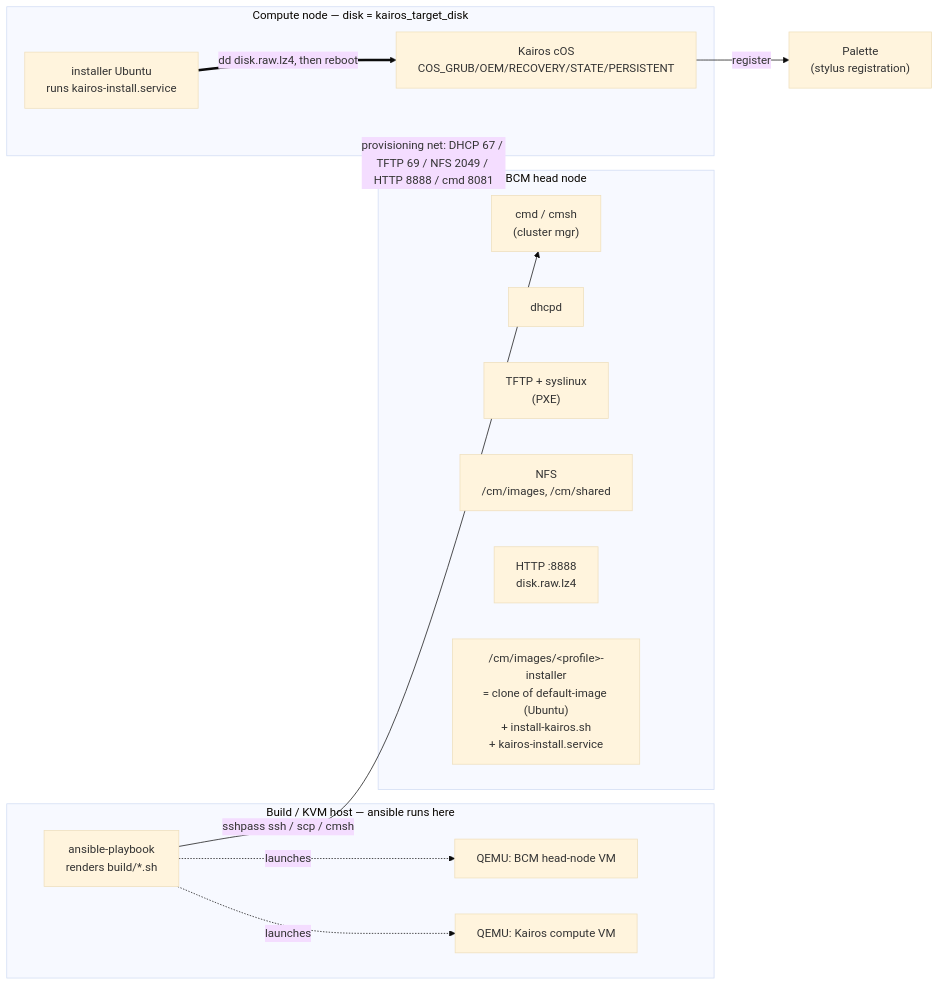
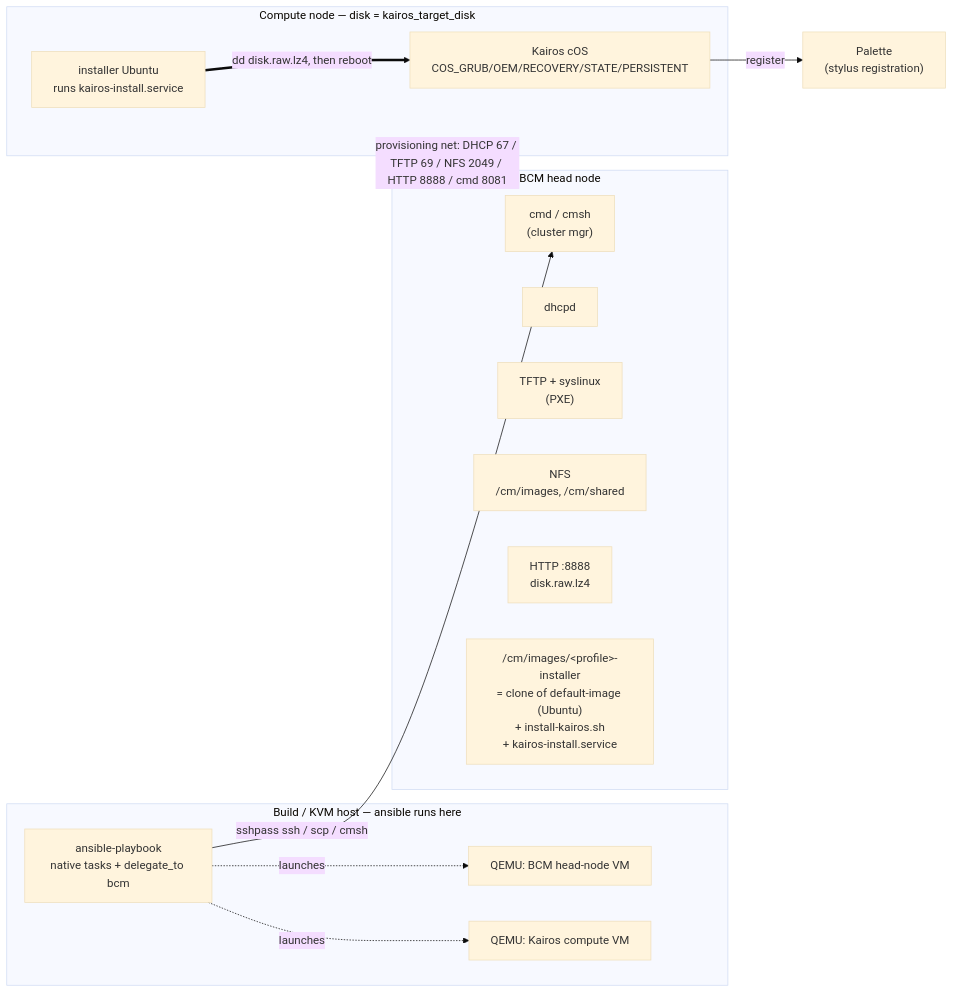
One commit to blik616287/kvm_bcm_plus_kairos changed the first of 4 diagrams in docs/architecture-and-troubleshooting.md. Above: the diagram before and after it, drawn with Mermaid (base theme). The commit also changed other lines of this file, not shown here.

Commit message:
blik616287--IN-2327--docs: refresh architecture-and-troubleshooting runbook for the native-Ansible rearchitecture — deploy_dd/validate are add_host + delegate_to (no build/deploy-dd.sh|validate.sh); source of truth is the structured per-task ansible log; DHCP now gated; finalize-stage install option

````diff
--- a/docs/architecture-and-troubleshooting.md
+++ b/docs/architecture-and-troubleshooting.md
@@ -56,31 +61,31 @@
 ```mermaid
 flowchart LR
   subgraph HOST["Build / KVM host — ansible runs here"]
-    ANS["ansible-playbook<br/>renders build/*.sh"]
+    ANS["ansible-playbook<br/>native tasks + delegate_to bcm"]
     QB["QEMU: BCM head-node VM"]
     QK["QEMU: Kairos compute VM"]
   end
 
   subgraph BCM["BCM head node"]
     CMD["cmd / cmsh<br/>(cluster mgr)"]
     DHCP["dhcpd"]
     TFTP["TFTP + syslinux<br/>(PXE)"]
     NFS["NFS<br/>/cm/images, /cm/shared"]
     HTTP["HTTP :8888<br/>disk.raw.lz4"]
     IMG["/cm/images/&lt;profile&gt;-installer<br/>= clone of default-image (Ubuntu)<br/>+ install-kairos.sh<br/>+ kairos-install.service"]
   end
 
   subgraph NODE["Compute node — disk = kairos_target_disk"]
     INST["installer Ubuntu<br/>runs kairos-install.service"]
     KAIROS["Kairos cOS<br/>COS_GRUB/OEM/RECOVERY/STATE/PERSISTENT"]
   end
 
   PAL["Palette<br/>(stylus registration)"]
 
   ANS -->|"sshpass ssh / scp / cmsh"| CMD
   ANS -. launches .-> QB
   ANS -. launches .-> QK
   NODE <-->|"provisioning net: DHCP 67 / TFTP 69 / NFS 2049 / HTTP 8888 / cmd 8081"| BCM
   INST ==>|"dd disk.raw.lz4, then reboot"| KAIROS
   KAIROS -->|"register"| PAL
 ```
````
